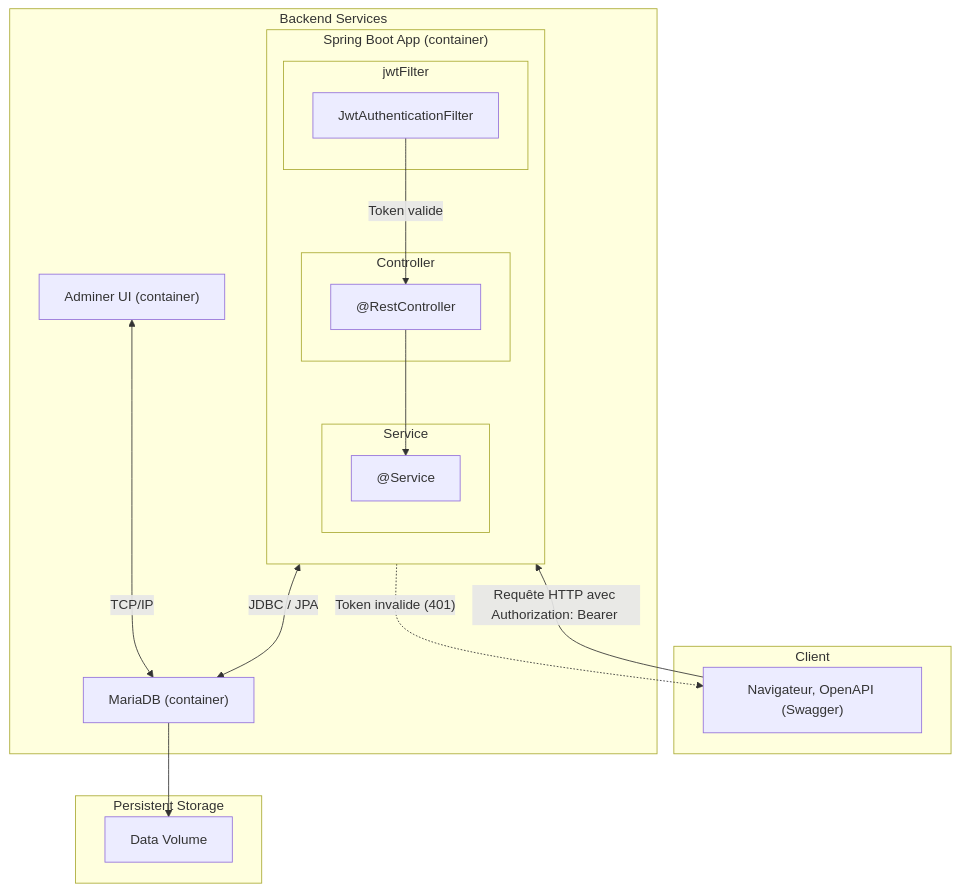
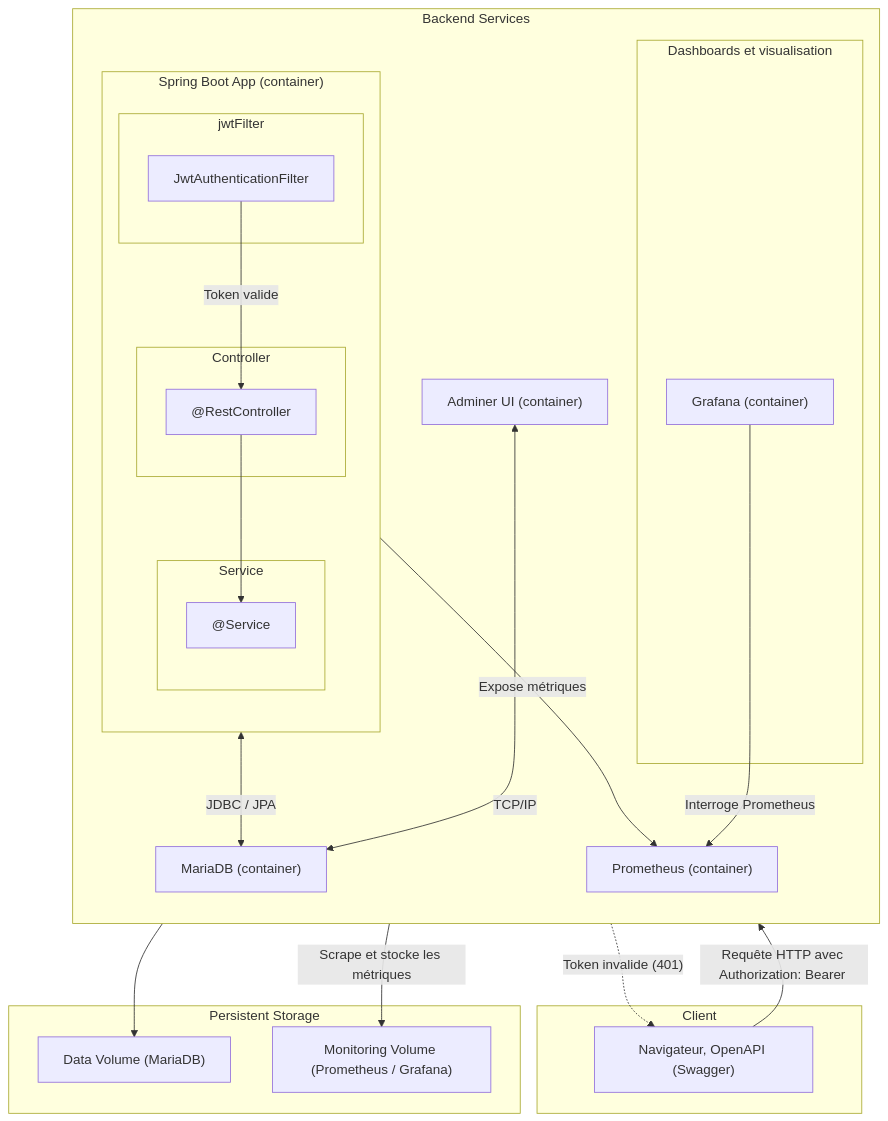
Before and after one commit to messaoudRm/movieapp-api: the diagram in docs/ARCHITECTURE.md, drawn with Mermaid. The commit also changed other lines of this file and 18 other files, not shown here.

Commit message:
Add containerized monitoring with Prometheus and Grafana, implement Postman API test pipeline, and update project documentation

````diff
--- a/docs/ARCHITECTURE.md
+++ b/docs/ARCHITECTURE.md
@@ -5,43 +5,62 @@
 ```mermaid
 flowchart TB
+%% ==== SECTION CLIENT ====
     subgraph Client["Client"]
         client["Navigateur, OpenAPI (Swagger)"]
     end
 
+%% ==== SECTION BACKEND ====
     subgraph Backend["Backend Services"]
+        direction TB
+
+    %% --- Application principale ---
         subgraph SpringBootApp["Spring Boot App (container)"]
             direction TB
 
             subgraph SecurityFilter["jwtFilter"]
                 jwtFilter["JwtAuthenticationFilter"]
             end
-
-
 
             subgraph ControllerLayer["Controller"]
                 controller["@RestController"]
             end
 
             subgraph ServiceLayer["Service"]
                 service["@Service"]
             end
         end
 
+    %% --- Base de données et outils ---
         db["MariaDB (container)"]
         adminer["Adminer UI (container)"]
+
+    %% --- Monitoring ---
+        prometheus["Prometheus (container)"]
+
+        subgraph Dashboard["Dashboards et visualisation"]
+            grafana["Grafana (container)"]
+        end
     end
 
+%% ==== SECTION STORAGE ====
     subgraph Storage["Persistent Storage"]
-        vol1["Data Volume"]
+        vol1["Data Volume (MariaDB)"]
+        vol2["Monitoring Volume (Prometheus / Grafana)"]
     end
 
+%% ==== FLUX PRINCIPAL ====
     client -->|"Requête HTTP avec Authorization: Bearer <token_jwt>"| jwtFilter
     jwtFilter -->|"Token valide"| controller
     jwtFilter -.->|"Token invalide (401)"| client
 
     controller --> service
     service <-->|"JDBC / JPA"| db
-
     adminer <-->|"TCP/IP"| db
     db --> vol1
+
+%% ==== FLUX MONITORING ====
+    SpringBootApp -->|"Expose métriques"| prometheus
+    prometheus -->|"Scrape et stocke les métriques"| vol2
+    grafana -->|"Interroge Prometheus"| prometheus
+
 ```
````
